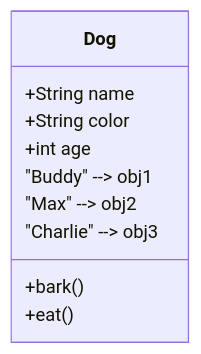
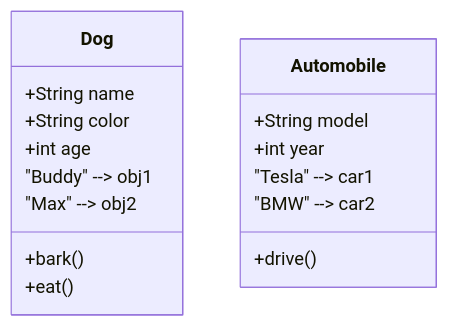
The second of 6 diagrams in README.md (Lagmouchyoussef/java-oop-bank-store---Simple-and-descriptive), drawn with Mermaid before and after one commit. The commit also changed other lines of this file, not shown here.

Commit message:
docs: Professional README with enhanced decorations, icons and mermaid diagrams

````diff
--- a/README.md
+++ b/README.md
@@ -168,14 +142,21 @@
 ```mermaid
 classDiagram
     class Dog {
         +String name
         +String color
         +int age
         +bark()
         +eat()
     }
     
+    class Automobile {
+        +String model
+        +int year
+        +drive()
+    }
+    
     Dog : "Buddy" --> obj1
     Dog : "Max" --> obj2
-    Dog : "Charlie" --> obj3
+    Automobile : "Tesla" --> car1
+    Automobile : "BMW" --> car2
 ```
````
